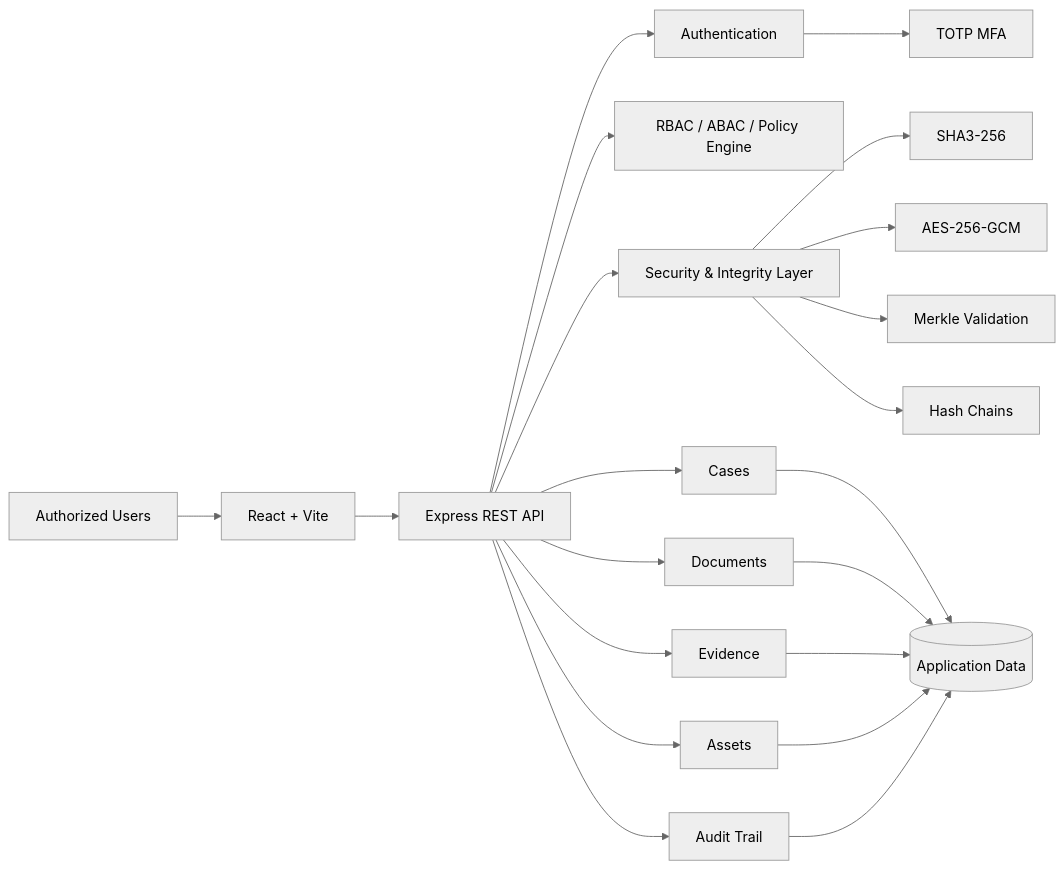
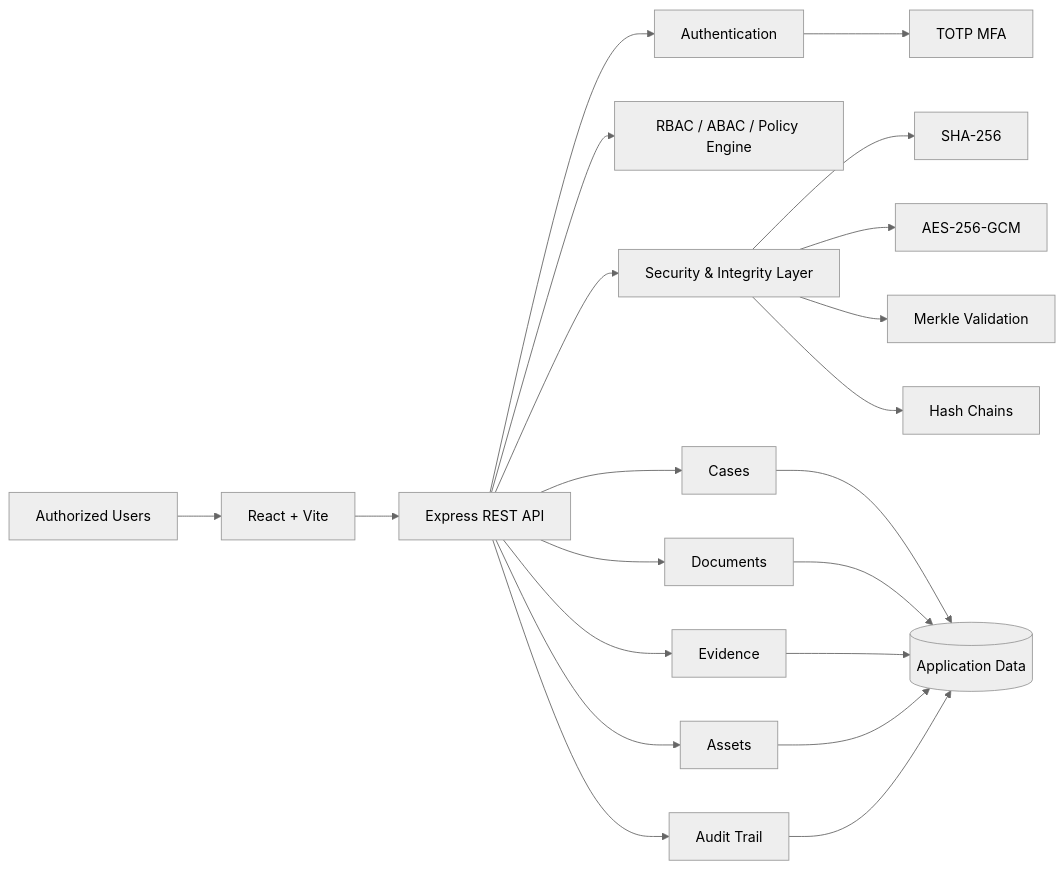
One commit to gnanadeep30805/CaseVault changed the first of 2 diagrams in README.md. Above: the diagram before and after it, drawn with Mermaid (neutral theme). The commit also changed other lines of this file and 4100 other files, not shown here.

````diff
--- a/README.md
+++ b/README.md
@@ -296,27 +296,27 @@
 ```mermaid
 flowchart LR
     U[Authorized Users] --> UI[React + Vite]
     UI --> API[Express REST API]
 
     API --> AUTH[Authentication]
     AUTH --> MFA[TOTP MFA]
     API --> POLICY[RBAC / ABAC / Policy Engine]
     API --> SEC[Security & Integrity Layer]
 
-    SEC --> HASH[SHA3-256]
+    SEC --> HASH[SHA-256]
     SEC --> ENC[AES-256-GCM]
     SEC --> MERKLE[Merkle Validation]
     SEC --> CHAIN[Hash Chains]
 
     API --> CASES[Cases]
     API --> DOCS[Documents]
     API --> EVIDENCE[Evidence]
     API --> ASSETS[Assets]
     API --> AUDIT[Audit Trail]
 
     CASES --> DATA[(Application Data)]
     DOCS --> DATA
     EVIDENCE --> DATA
     ASSETS --> DATA
     AUDIT --> DATA
 ```
````
